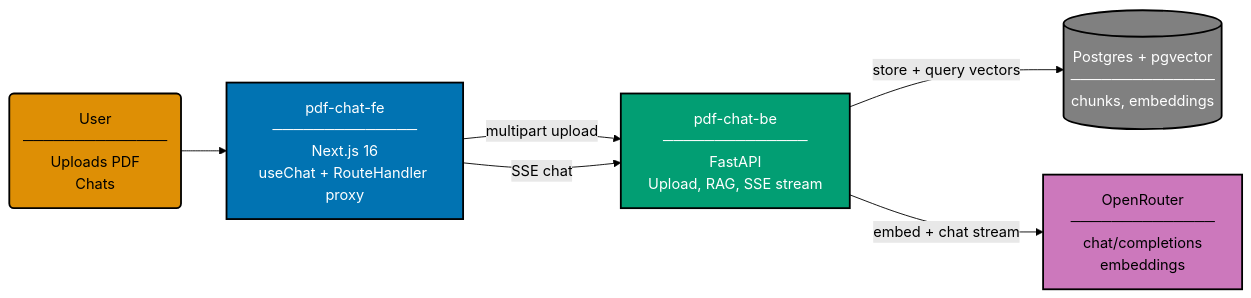
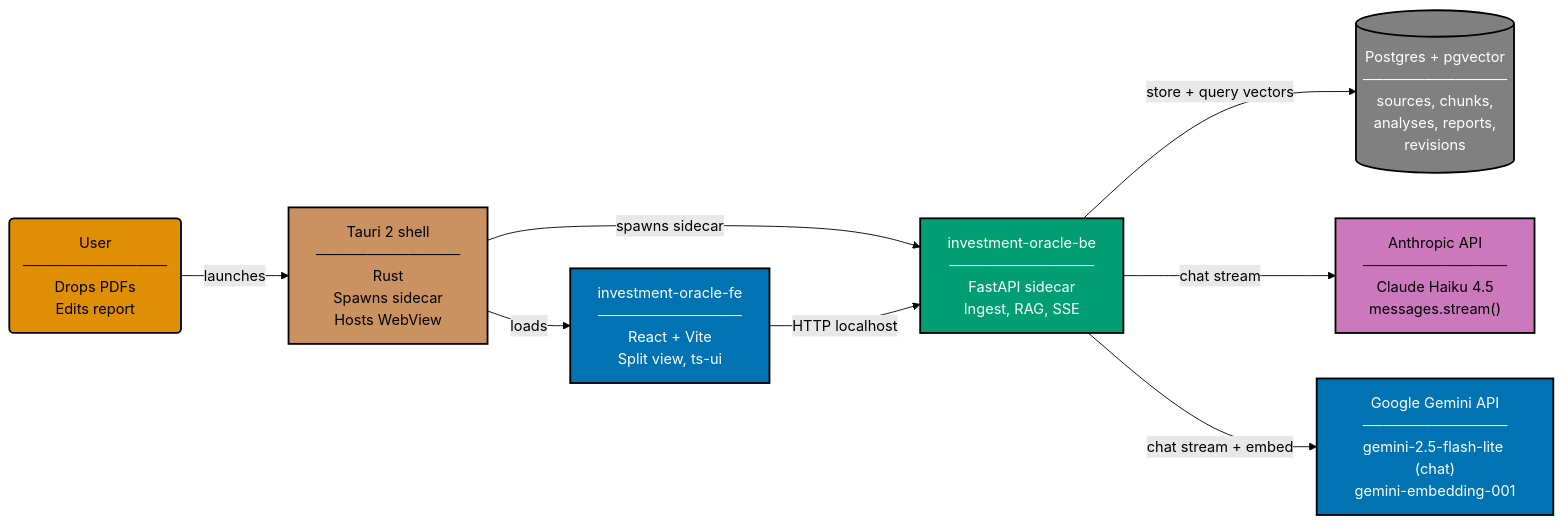
One commit to wahidyankf/ose-primer changed the diagram in plans/in-progress/2026-04-27__add-investment-oracle-app/README.md. Above: the diagram before and after it, drawn with Mermaid (forest theme). The commit also changed other lines of this file and 9 other files, not shown here.

First line of the commit message:
docs(plans): pivot pdf-chat plan to investment-oracle desktop app

````diff
--- a/plans/in-progress/2026-04-27__add-investment-oracle-app/README.md
+++ b/plans/in-progress/2026-04-27__add-investment-oracle-app/README.md
@@ -77,25 +120,33 @@
 ```mermaid
-%% Color Palette: Blue #0173B2 | Orange #DE8F05 | Teal #029E73 | Purple #CC78BC | Gray #808080
+%% Color Palette: Blue #0173B2 | Orange #DE8F05 | Teal #029E73 | Purple #CC78BC | Gray #808080 | Brown #CA9161
 graph LR
-    USER("User<br/>──────────────<br/>Uploads PDF<br/>Chats"):::actor
+    USER("User<br/>──────────────<br/>Drops PDFs<br/>Edits report"):::actor
 
-    FE["pdf-chat-fe<br/>──────────────<br/>Next.js 16<br/>useChat + RouteHandler proxy"]:::fe
+    SHELL["Tauri 2 shell<br/>──────────────<br/>Rust<br/>Spawns sidecar<br/>Hosts WebView"]:::shell
 
-    BE["pdf-chat-be<br/>──────────────<br/>FastAPI<br/>Upload, RAG, SSE stream"]:::be
+    FE["investment-oracle-fe<br/>──────────────<br/>React + Vite<br/>Split view, ts-ui"]:::fe
 
-    DB[("Postgres + pgvector<br/>──────────────<br/>chunks, embeddings")]:::db
+    BE["investment-oracle-be<br/>──────────────<br/>FastAPI sidecar<br/>Ingest, RAG, SSE"]:::be
 
-    OR["OpenRouter<br/>──────────────<br/>chat/completions<br/>embeddings"]:::or
+    DB[("Postgres + pgvector<br/>──────────────<br/>sources, chunks,<br/>analyses, reports,<br/>revisions")]:::db
 
-    USER --> FE
-    FE -->|multipart upload| BE
-    FE -->|SSE chat| BE
+    ANT["Anthropic API<br/>──────────────<br/>Claude Haiku 4.5<br/>messages.stream()"]:::ant
+
+    GEM["Google Gemini API<br/>──────────────<br/>gemini-2.5-flash-lite (chat)<br/>gemini-embedding-001"]:::gem
+
+    USER -->|launches| SHELL
+    SHELL -->|loads| FE
+    SHELL -->|spawns sidecar| BE
+    FE -->|HTTP localhost| BE
     BE -->|store + query vectors| DB
-    BE -->|embed + chat stream| OR
+    BE -->|chat stream| ANT
+    BE -->|chat stream + embed| GEM
 
     classDef actor fill:#DE8F05,stroke:#000000,color:#000000,stroke-width:2px
+    classDef shell fill:#CA9161,stroke:#000000,color:#000000,stroke-width:2px
     classDef fe fill:#0173B2,stroke:#000000,color:#FFFFFF,stroke-width:2px
     classDef be fill:#029E73,stroke:#000000,color:#FFFFFF,stroke-width:2px
     classDef db fill:#808080,stroke:#000000,color:#FFFFFF,stroke-width:2px
-    classDef or fill:#CC78BC,stroke:#000000,color:#000000,stroke-width:2px
+    classDef ant fill:#CC78BC,stroke:#000000,color:#000000,stroke-width:2px
+    classDef gem fill:#0173B2,stroke:#000000,color:#FFFFFF,stroke-width:2px
 ```
````
